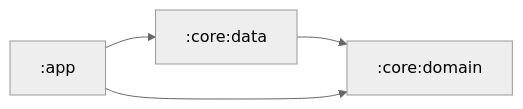
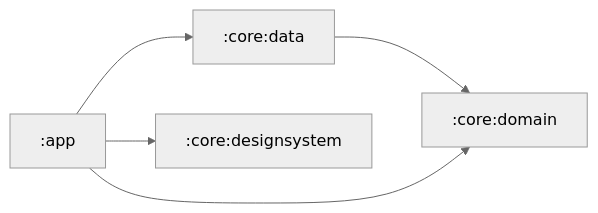
Before and after one commit to farzadazimipour/custorix-android: the diagram in README.md, drawn with Mermaid. The commit also changed 5 other files, not shown here.

Commit message:
Added :core:designsystem module

````diff
--- a/README.md
+++ b/README.md
@@ -23,12 +23,13 @@
 ```mermaid
 %%{
   init: {
     'theme': 'neutral'
   }
 }%%
 
 graph LR
   :core:data --> :core:domain
   :app --> :core:domain
   :app --> :core:data
+  :app --> :core:designsystem
 ```
````
